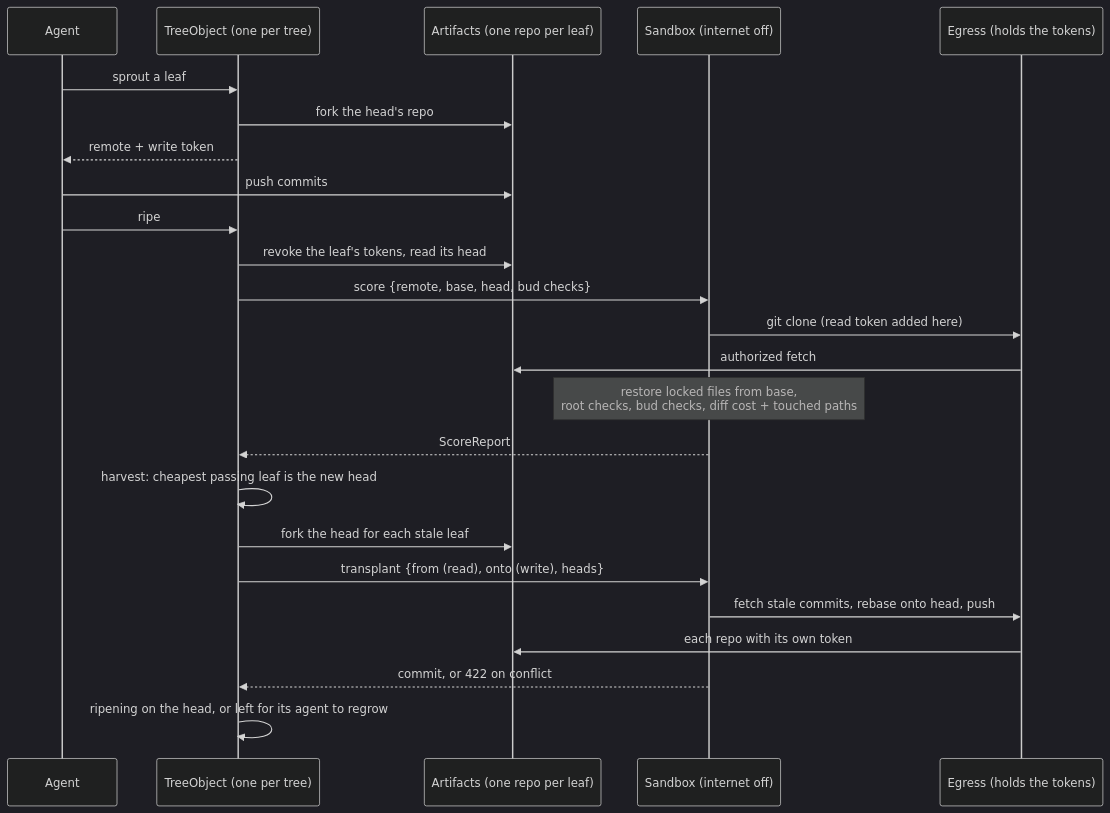
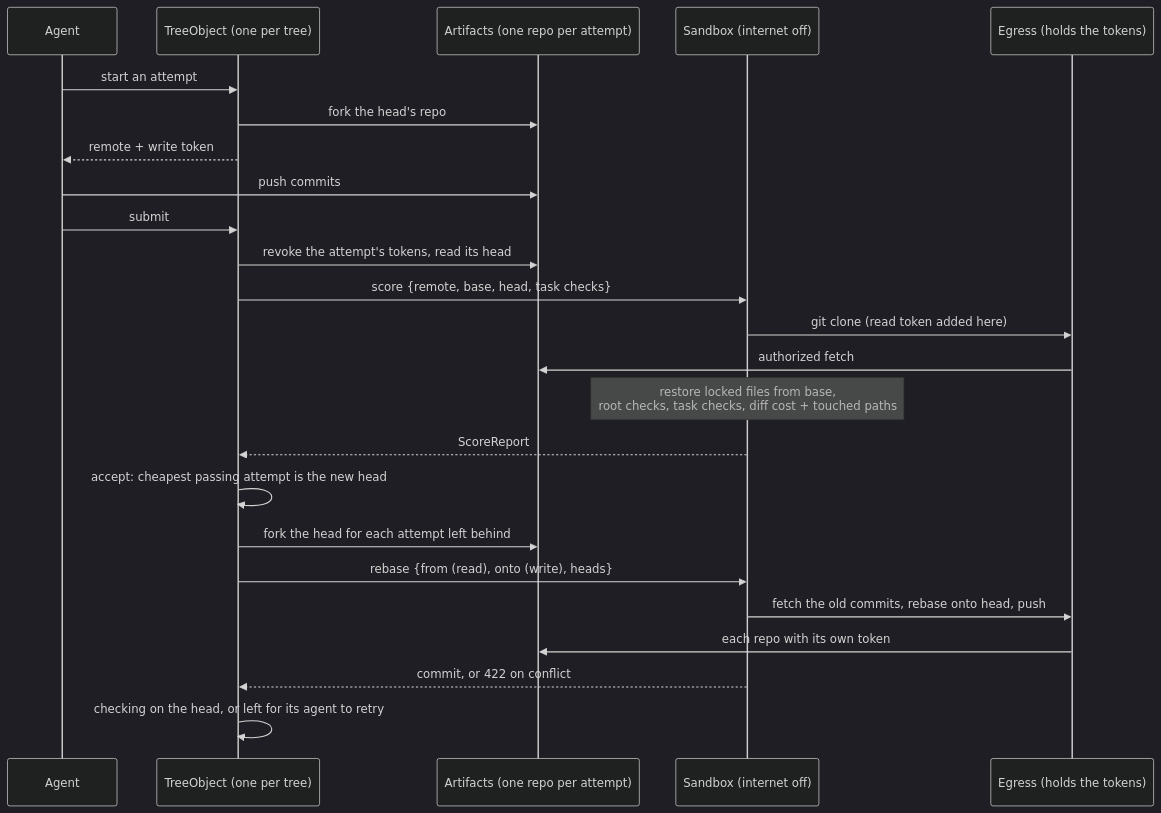
One commit to Butch78/ficus changed the second of 2 diagrams in README.md. Above: the diagram before and after it, drawn with Mermaid (dark theme). The commit also changed other lines of this file and 19 other files, not shown here.

````diff
--- a/README.md
+++ b/README.md
@@ -49,27 +49,27 @@
 ```mermaid
 sequenceDiagram
     participant A as Agent
     participant T as TreeObject (one per tree)
-    participant R as Artifacts (one repo per leaf)
+    participant R as Artifacts (one repo per attempt)
     participant S as Sandbox (internet off)
     participant E as Egress (holds the tokens)
 
-    A->>T: sprout a leaf
+    A->>T: start an attempt
     T->>R: fork the head's repo
     T-->>A: remote + write token
     A->>R: push commits
-    A->>T: ripe
-    T->>R: revoke the leaf's tokens, read its head
-    T->>S: score {remote, base, head, bud checks}
+    A->>T: submit
+    T->>R: revoke the attempt's tokens, read its head
+    T->>S: score {remote, base, head, task checks}
     S->>E: git clone (read token added here)
     E->>R: authorized fetch
-    Note over S: restore locked files from base,<br/>root checks, bud checks, diff cost + touched paths
+    Note over S: restore locked files from base,<br/>root checks, task checks, diff cost + touched paths
     S-->>T: ScoreReport
-    T->>T: harvest: cheapest passing leaf is the new head
-    T->>R: fork the head for each stale leaf
-    T->>S: transplant {from (read), onto (write), heads}
-    S->>E: fetch stale commits, rebase onto head, push
+    T->>T: accept: cheapest passing attempt is the new head
+    T->>R: fork the head for each attempt left behind
+    T->>S: rebase {from (read), onto (write), heads}
+    S->>E: fetch the old commits, rebase onto head, push
     E->>R: each repo with its own token
     S-->>T: commit, or 422 on conflict
-    T->>T: ripening on the head, or left for its agent to regrow
+    T->>T: checking on the head, or left for its agent to retry
 ```
````
